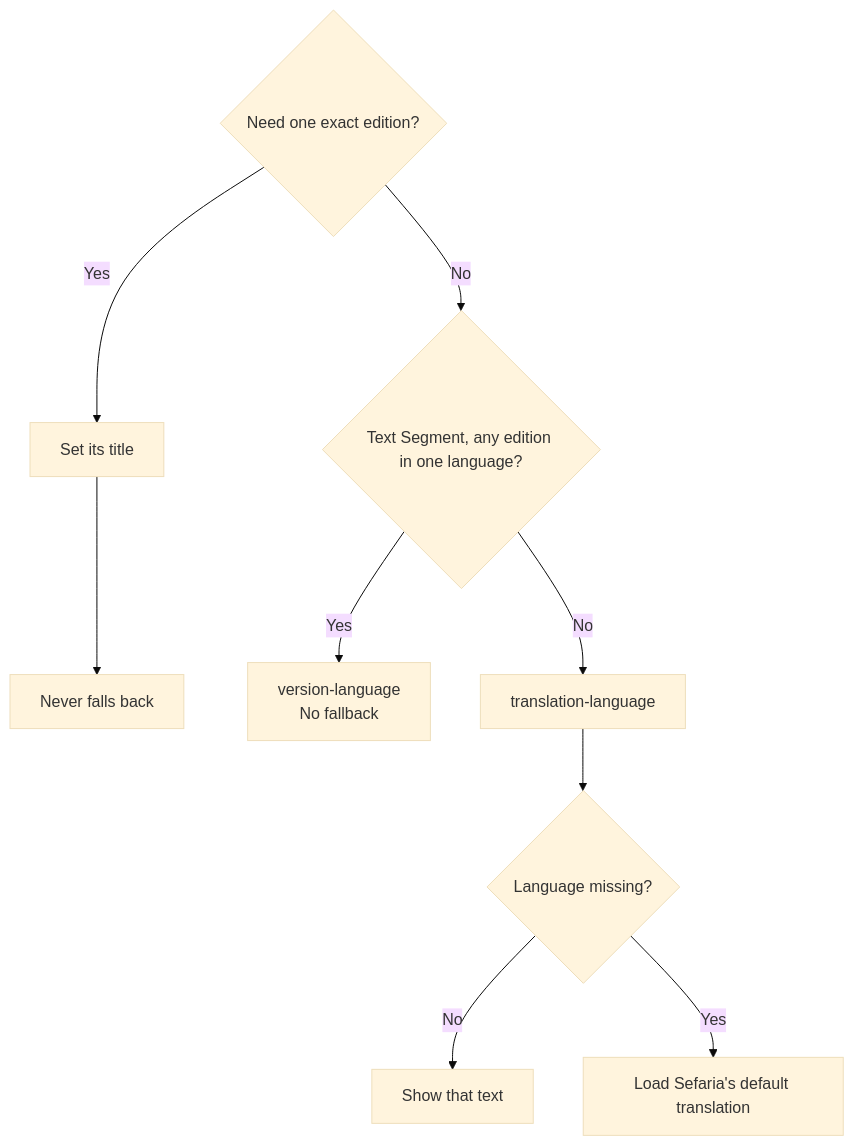
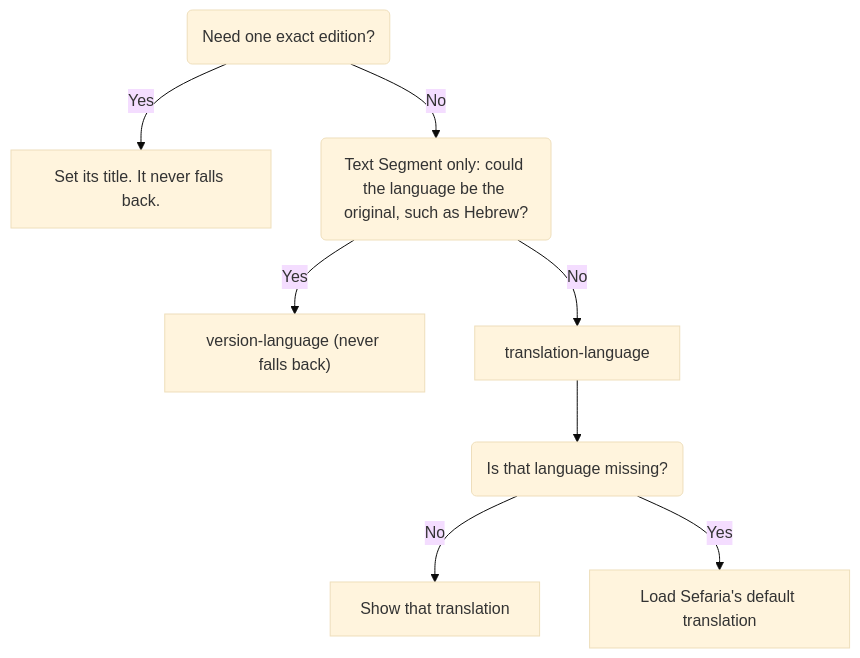
Before and after one commit to Arithmomaniac/sefaria-frontend-toolkit: the diagram in docs/across-components/choose-what-text-readers-see.md, drawn with Mermaid (base theme). The commit also changed other lines of this file and 1 other file, not shown here.

Commit message:
docs: rounded decision nodes, clearer B20 chart question
Copilot-Session: dd9849ae-3d3f-4ddd-b5b9-a44408441a1a

````diff
--- a/docs/across-components/choose-what-text-readers-see.md
+++ b/docs/across-components/choose-what-text-readers-see.md
@@ -30,10 +30,10 @@
 ```mermaid
 flowchart TD
-  Q1{"Need one exact edition?"} -->|Yes| A1["Set its title"] --> A1b["Never falls back"]
-  Q1 -->|No| Q2{"Text Segment, any edition in one language?"}
-  Q2 -->|Yes| A2["version-language<br/>No fallback"]
+  Q1("Need one exact edition?") -->|Yes| A1["Set its title. It never falls back."]
+  Q1 -->|No| Q2("Text Segment only: could the language be the original, such as Hebrew?")
+  Q2 -->|Yes| A2["version-language (never falls back)"]
   Q2 -->|No| A3["translation-language"]
-  A3 --> Q3{"Language missing?"}
-  Q3 -->|No| A4["Show that text"]
+  A3 --> Q3("Is that language missing?")
+  Q3 -->|No| A4["Show that translation"]
   Q3 -->|Yes| A5["Load Sefaria's default translation"]
 ```
````
